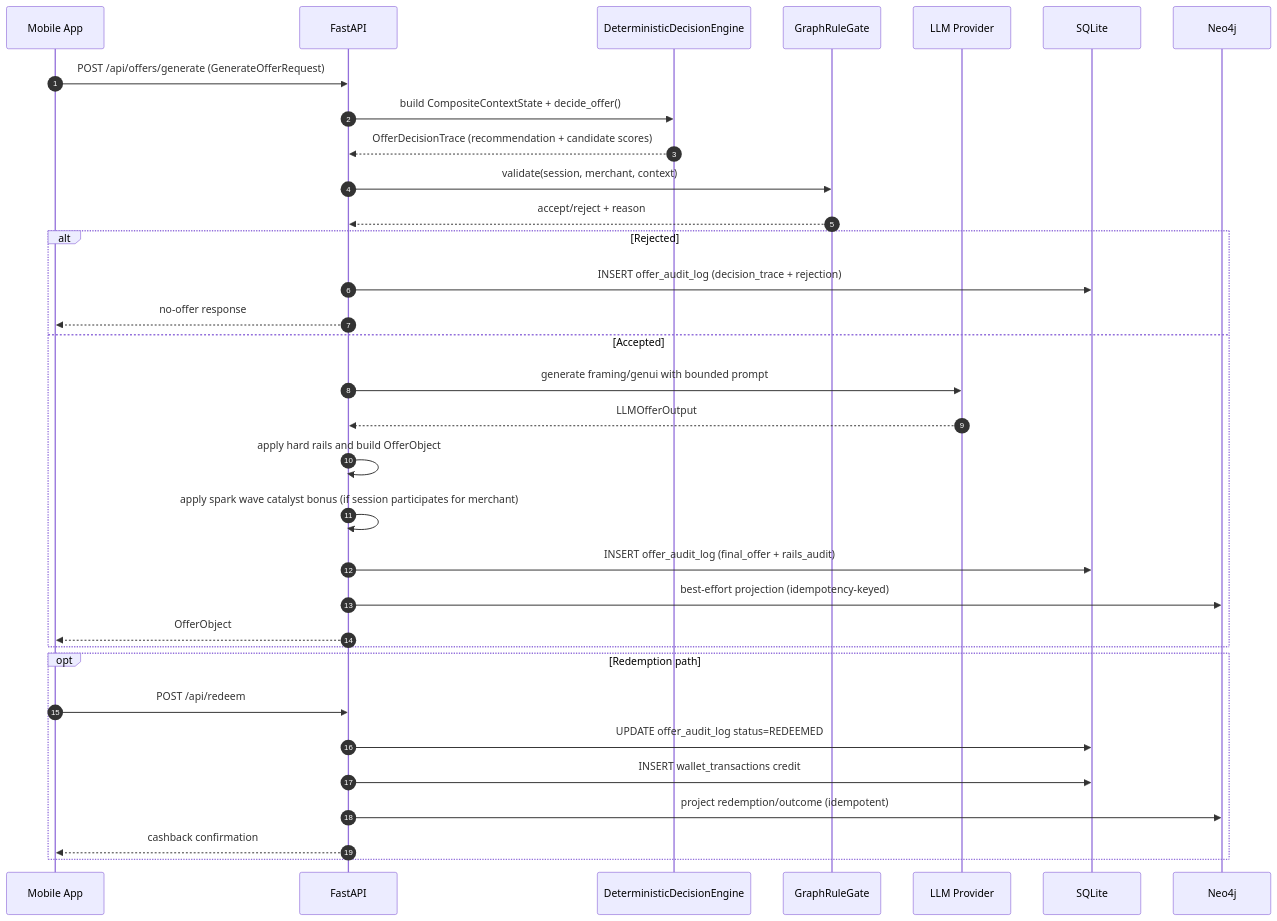
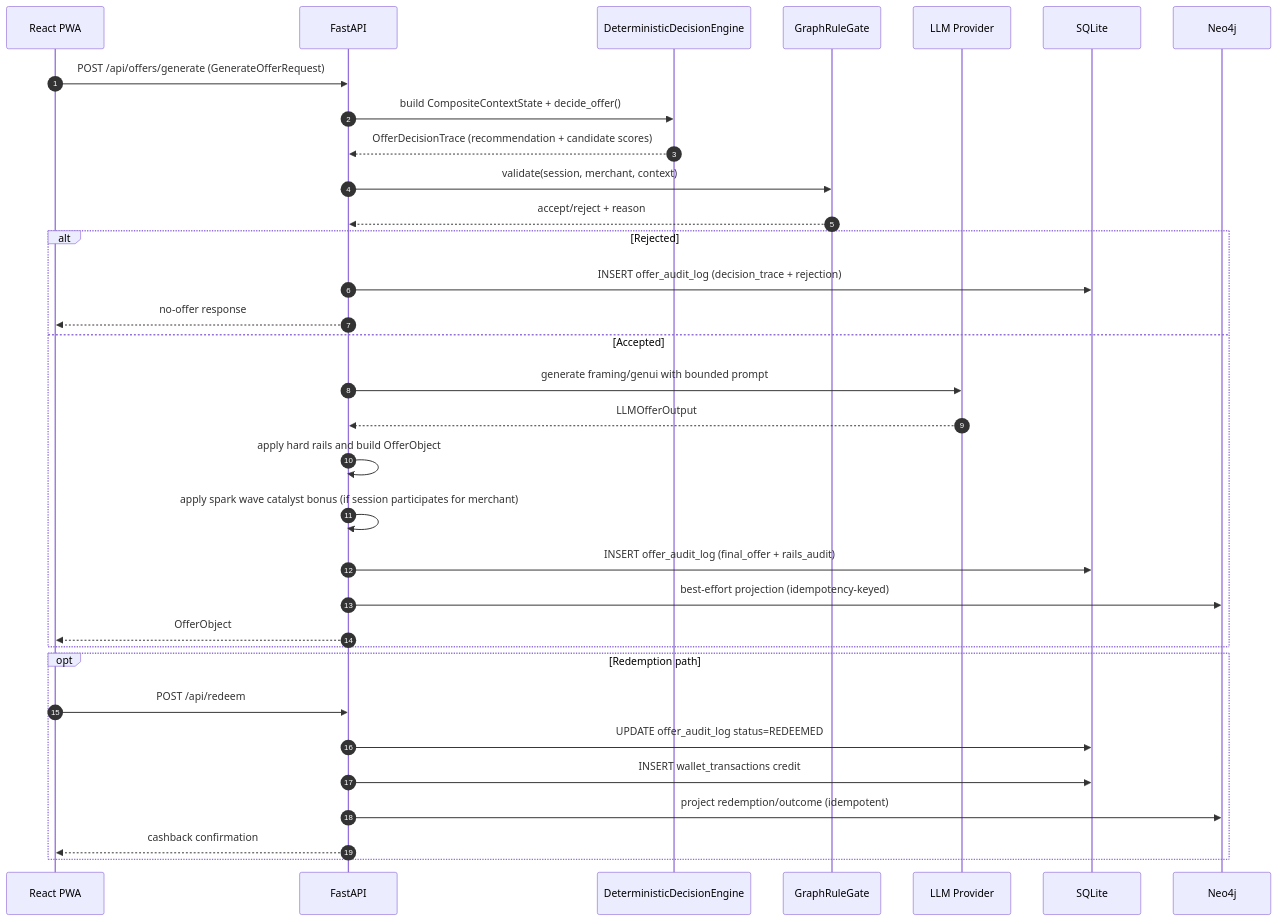
One commit to larsboes/Generative-City-Wallet changed the fourth of 4 diagrams in docs/DATA-MODEL.md. Above: the diagram before and after it, drawn with Mermaid. The commit also changed other lines of this file and 14 other files, not shown here.

````diff
--- a/docs/DATA-MODEL.md
+++ b/docs/DATA-MODEL.md
@@ -323,39 +323,39 @@
 ```mermaid
 sequenceDiagram
   autonumber
-  participant Mobile as Mobile App
+  participant PWA as React PWA
   participant API as FastAPI
   participant Decision as DeterministicDecisionEngine
   participant RuleGate as GraphRuleGate
   participant LLM as LLM Provider
   participant SQLite as SQLite
   participant Graph as Neo4j
 
-  Mobile->>API: POST /api/offers/generate (GenerateOfferRequest)
+  PWA->>API: POST /api/offers/generate (GenerateOfferRequest)
   API->>Decision: build CompositeContextState + decide_offer()
   Decision-->>API: OfferDecisionTrace (recommendation + candidate scores)
 
   API->>RuleGate: validate(session, merchant, context)
   RuleGate-->>API: accept/reject + reason
 
   alt Rejected
     API->>SQLite: INSERT offer_audit_log (decision_trace + rejection)
-    API-->>Mobile: no-offer response
+    API-->>PWA: no-offer response
   else Accepted
     API->>LLM: generate framing/genui with bounded prompt
     LLM-->>API: LLMOfferOutput
     API->>API: apply hard rails and build OfferObject
     API->>API: apply spark wave catalyst bonus (if session participates for merchant)
     API->>SQLite: INSERT offer_audit_log (final_offer + rails_audit)
     API->>Graph: best-effort projection (idempotency-keyed)
-    API-->>Mobile: OfferObject
+    API-->>PWA: OfferObject
   end
 
   opt Redemption path
-    Mobile->>API: POST /api/redeem
+    PWA->>API: POST /api/redeem
     API->>SQLite: UPDATE offer_audit_log status=REDEEMED
     API->>SQLite: INSERT wallet_transactions credit
     API->>Graph: project redemption/outcome (idempotent)
-    API-->>Mobile: cashback confirmation
+    API-->>PWA: cashback confirmation
   end
 ```
````
